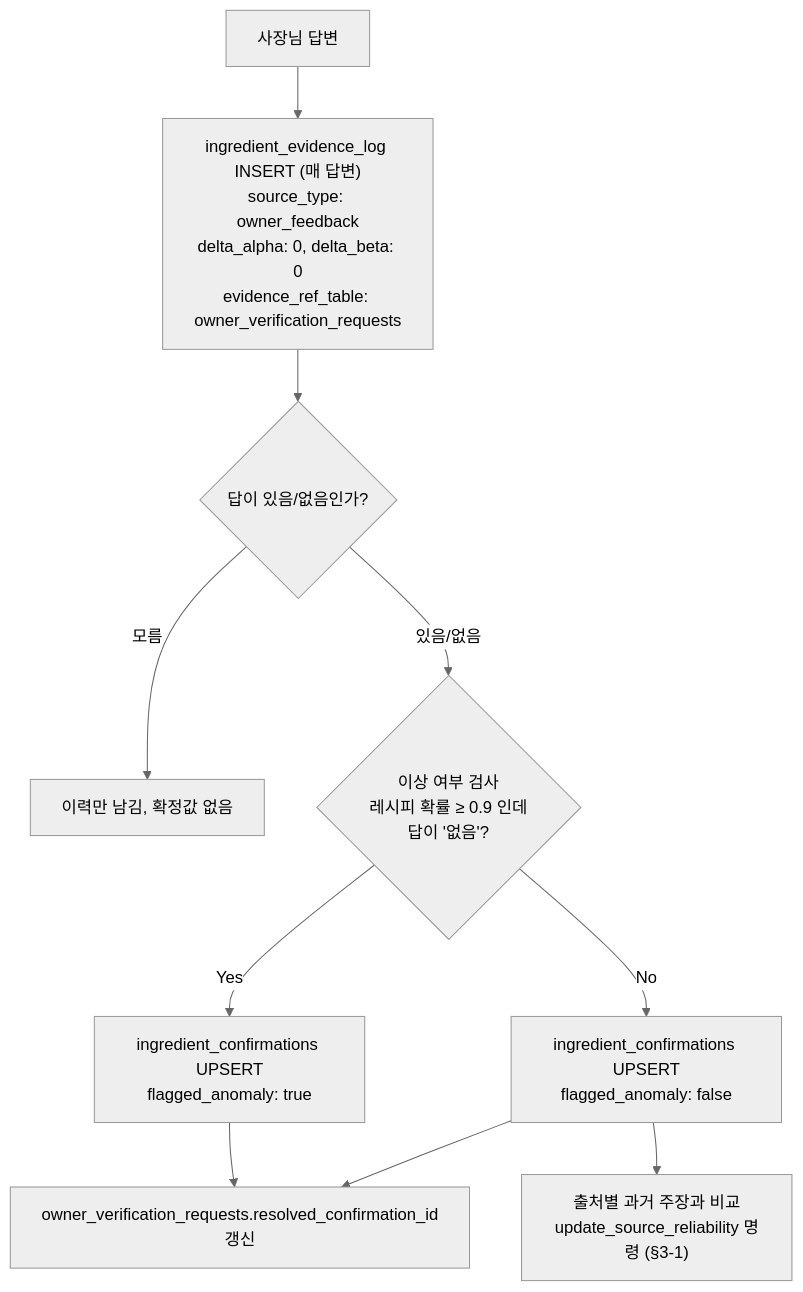
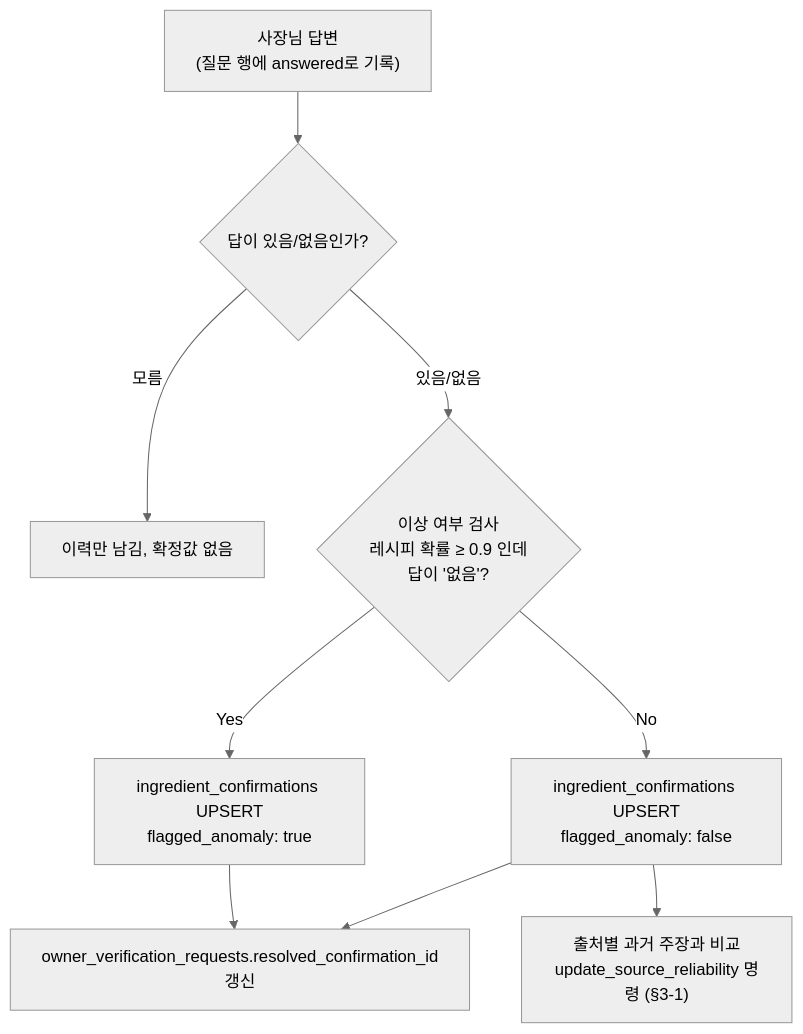
Before and after one commit to Han-Spoon/ai: the fourth of 4 diagrams in docs/7-tool-dbupdate.md, drawn with Mermaid (neutral theme). The commit also changed other lines of this file and 1 other file, not shown here.

First line of the commit message:
docs(dbupdate): drop owner answer rows from evidence log

````diff
--- a/docs/7-tool-dbupdate.md
+++ b/docs/7-tool-dbupdate.md
@@ -181,12 +181,11 @@
 ```mermaid
 flowchart TD
-    IN["사장님 답변"] --> LOG["ingredient_evidence_log INSERT (매 답변)<br/>source_type: owner_feedback<br/>delta_alpha: 0, delta_beta: 0<br/>evidence_ref_table: owner_verification_requests"]
-    LOG --> KIND{"답이 있음/없음인가?"}
+    IN["사장님 답변<br/>(질문 행에 answered로 기록)"] --> KIND{"답이 있음/없음인가?"}
     KIND -->|모름| SKIP["이력만 남김, 확정값 없음"]
     KIND -->|있음/없음| CHECK{"이상 여부 검사<br/>레시피 확률 ≥ 0.9 인데<br/>답이 '없음'?"}
     CHECK -->|Yes| FLAG["ingredient_confirmations UPSERT<br/>flagged_anomaly: true"]
     CHECK -->|No| NORMAL["ingredient_confirmations UPSERT<br/>flagged_anomaly: false"]
     FLAG --> LINK["owner_verification_requests.resolved_confirmation_id<br/>갱신"]
     NORMAL --> LINK
     NORMAL --> REL["출처별 과거 주장과 비교<br/>update_source_reliability 명령 (§3-1)"]
 ```
````
